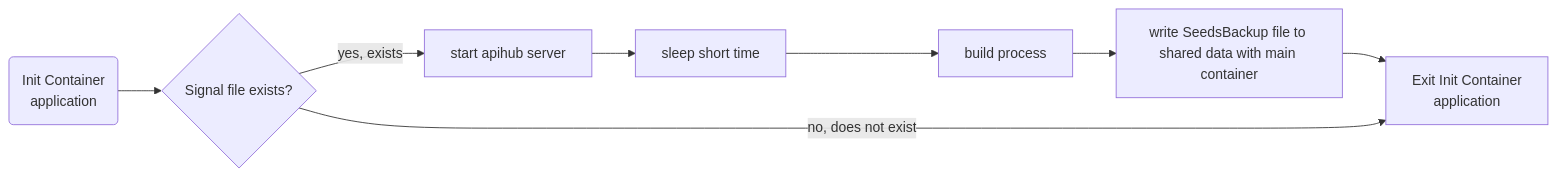
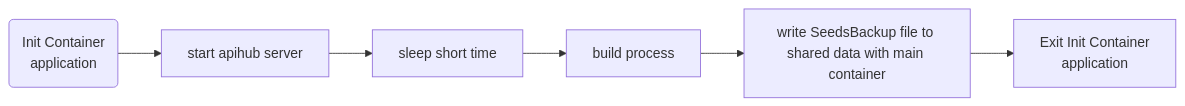
The second of 3 diagrams in charts/epi/README.md (PharmaLedger-IMI/helm-charts), drawn with Mermaid before and after one commit. The commit also changed other lines of this file and 2 other files, not shown here.

````diff
--- a/charts/epi/README.md
+++ b/charts/epi/README.md
@@ -111,10 +88,8 @@
 ```mermaid
 flowchart LR
-D(Init Container<br/>application) --> E{Signal file exists?}
-E -->|yes, exists| F[start apihub server]
-F --> G[sleep short time]
-G --> H[build process]
-H --> I[write SeedsBackup file to shared data with main container]
-I --> J
-E -->|no, does not exist| J[Exit Init Container<br/>application]
+A(Init Container<br/>application) --> B[start apihub server]
+B --> C[sleep short time]
+C --> D[build process]
+D --> E[write SeedsBackup file to shared data with main container]
+E --> F[Exit Init Container<br/>application]
 ```
````
